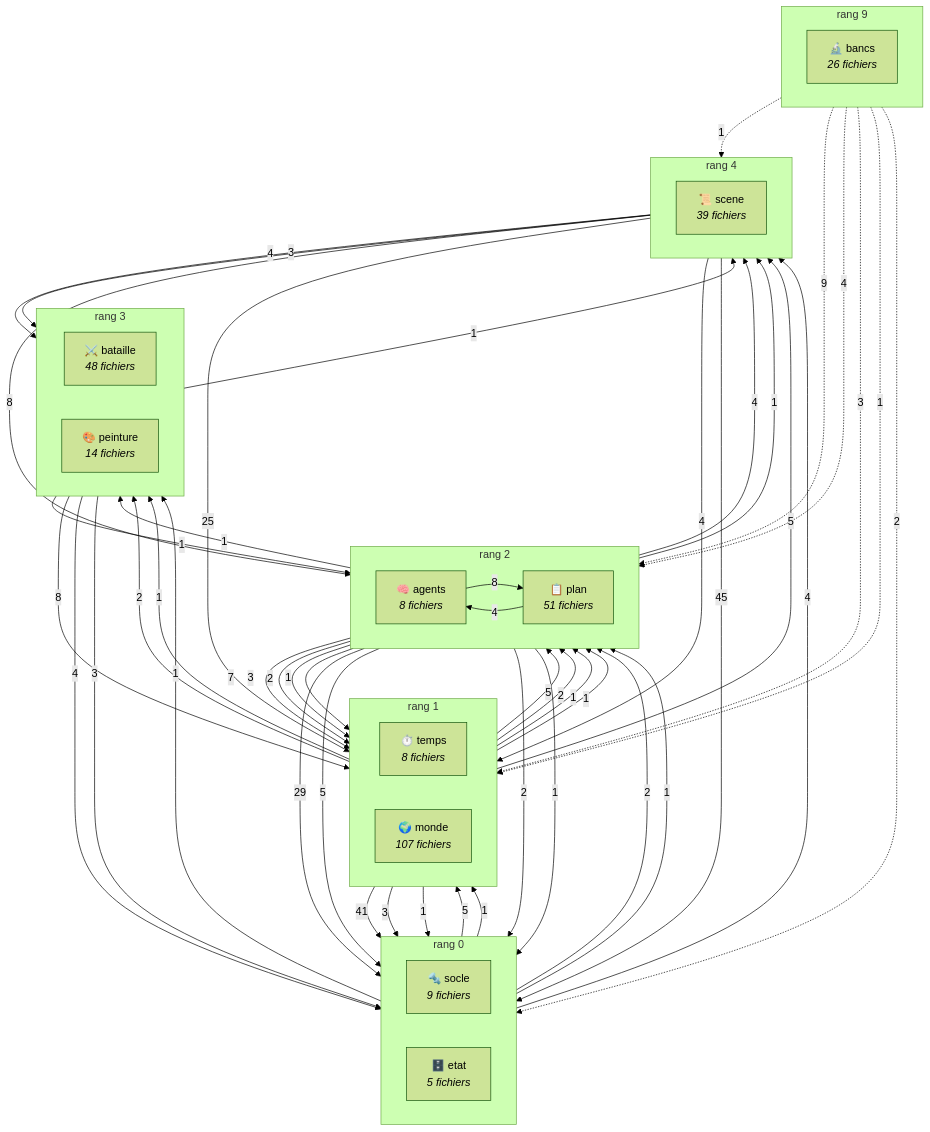
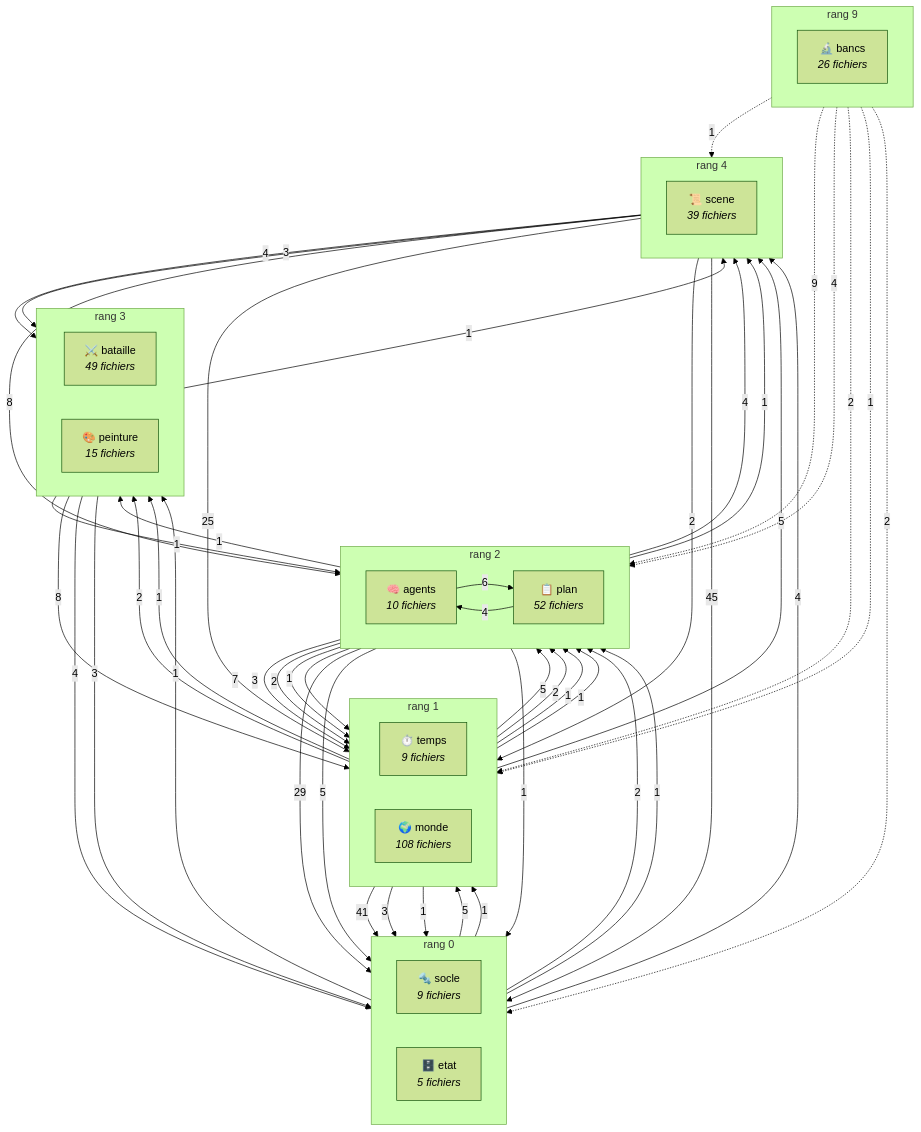
One commit to mind-protocol/the-council changed the diagram in docs/graphe-archi.md. Above: the diagram before and after it, drawn with Mermaid (forest theme). The commit also changed other lines of this file, not shown here.

Commit message:
regeneration de docs/graphe-archi.md : les liens passent par les portes, commandes-bibliotheques a zero (0 orphelins, 222 hors porte, 19 remontees)

````diff
--- a/docs/graphe-archi.md
+++ b/docs/graphe-archi.md
@@ -13,77 +13,76 @@
 ```mermaid
 flowchart TB
   subgraph R0["rang 0"]
     direction LR
     socle["🔩 socle<br/><i>9 fichiers</i>"]
     etat["🗄️ etat<br/><i>5 fichiers</i>"]
   end
   subgraph R1["rang 1"]
     direction LR
-    temps["⏱️ temps<br/><i>8 fichiers</i>"]
-    monde["🌍 monde<br/><i>107 fichiers</i>"]
+    temps["⏱️ temps<br/><i>9 fichiers</i>"]
+    monde["🌍 monde<br/><i>108 fichiers</i>"]
   end
   subgraph R2["rang 2"]
     direction LR
-    agents["🧠 agents<br/><i>8 fichiers</i>"]
-    plan["📋 plan<br/><i>51 fichiers</i>"]
+    agents["🧠 agents<br/><i>10 fichiers</i>"]
+    plan["📋 plan<br/><i>52 fichiers</i>"]
   end
   subgraph R3["rang 3"]
     direction LR
-    bataille["⚔️ bataille<br/><i>48 fichiers</i>"]
-    peinture["🎨 peinture<br/><i>14 fichiers</i>"]
+    bataille["⚔️ bataille<br/><i>49 fichiers</i>"]
+    peinture["🎨 peinture<br/><i>15 fichiers</i>"]
   end
   subgraph R4["rang 4"]
     direction LR
     scene["📜 scene<br/><i>39 fichiers</i>"]
   end
   subgraph R9["rang 9"]
     direction LR
     bancs["🔬 bancs<br/><i>26 fichiers</i>"]
   end
   scene -->|45| socle
   monde -->|41| socle
   plan -->|29| socle
   scene -->|25| monde
   bancs -.->|9| plan
-  agents -->|8| plan
   scene -->|8| plan
   bataille -->|8| monde
   plan -->|7| monde
+  agents -->|6| plan
   monde -->|5| plan
   agents -->|5| socle
   socle -->|5| monde
   monde -->|5| scene
   bancs -.->|4| agents
-  scene -->|4| temps
   plan -->|4| agents
   plan -->|4| scene
   peinture -->|4| socle
   scene -->|4| peinture
   socle -->|4| scene
   agents -->|3| temps
-  bancs -.->|3| temps
   bataille -->|3| socle
   temps -->|3| socle
   scene -->|3| bataille
   bancs -.->|2| etat
-  agents -->|2| etat
+  scene -->|2| temps
   plan -->|2| temps
+  bancs -.->|2| temps
   temps -->|2| plan
   monde -->|2| bataille
   socle -->|2| plan
   agents -->|1| monde
   bancs -.->|1| monde
+  etat -->|1| plan
   etat -->|1| temps
-  etat -->|1| plan
+  agents -->|1| etat
   peinture -->|1| plan
   monde -->|1| agents
-  plan -->|1| etat
   temps -->|1| etat
   temps -->|1| agents
   socle -->|1| bataille
   agents -->|1| scene
   plan -->|1| peinture
   monde -->|1| peinture
   bancs -.->|1| scene
   bataille -->|1| scene
 ```
````
